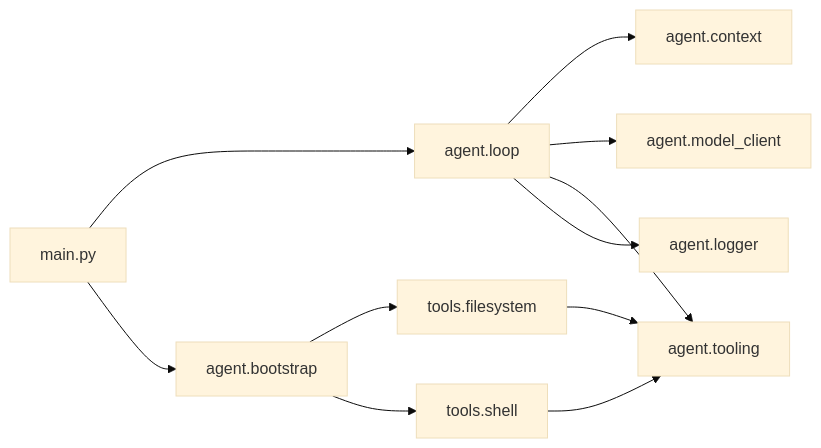
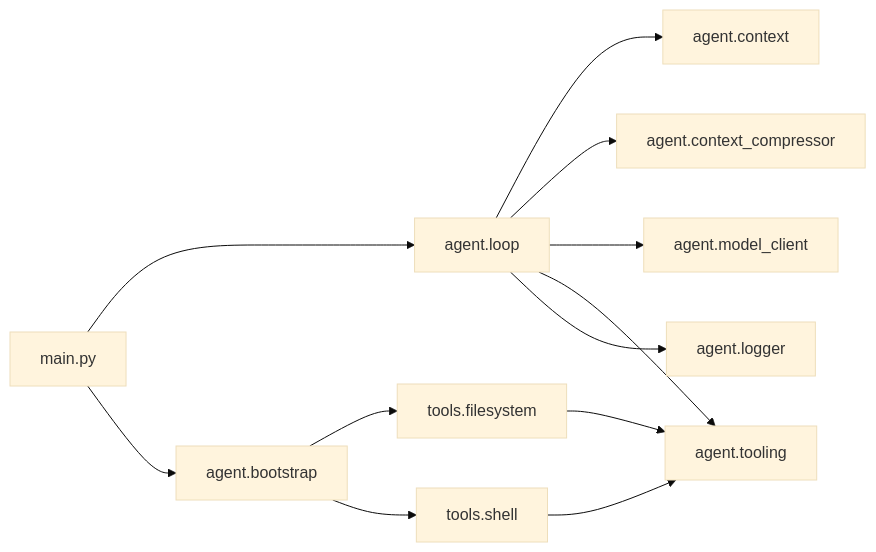
One commit to Konoha-Kai/nju_coding_agent changed the third of 3 diagrams in 开发文档/05_Harness架构图.md. Above: the diagram before and after it, drawn with Mermaid (base theme). The commit also changed other lines of this file and 13 other files, not shown here.

````diff
--- a/开发文档/05_Harness架构图.md
+++ b/开发文档/05_Harness架构图.md
@@ -70,13 +77,14 @@
 ```mermaid
 graph LR
     main[main.py] --> loop[agent.loop]
     main --> bootstrap[agent.bootstrap]
     bootstrap --> filesystem[tools.filesystem]
     bootstrap --> shell[tools.shell]
     loop --> context[agent.context]
+    loop --> compressor[agent.context_compressor]
     loop --> model[agent.model_client]
     loop --> tooling[agent.tooling]
     loop --> logger[agent.logger]
     filesystem --> tooling
     shell --> tooling
 ```
````
